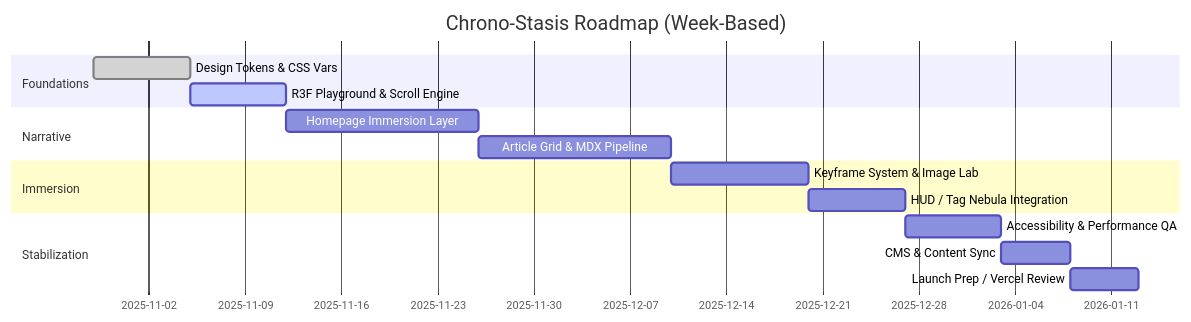
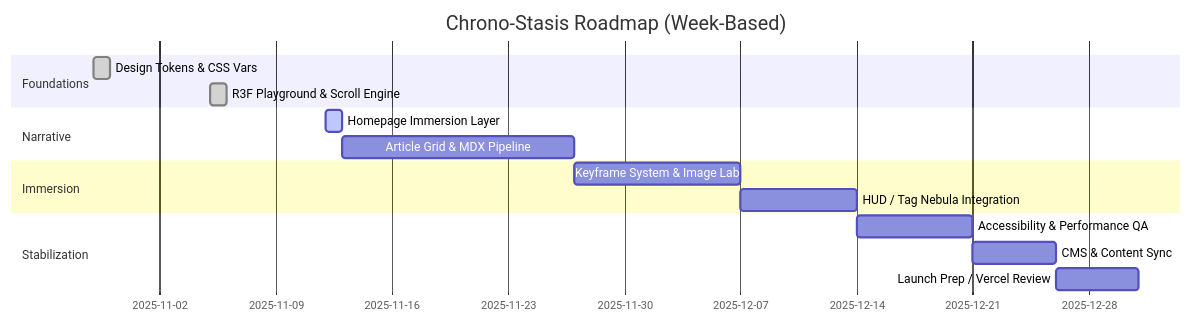
The diagram in 实现方案.md (Ebotian/chrona), drawn with Mermaid before and after one commit. The commit also changed other lines of this file and 8 other files, not shown here.

````diff
--- a/实现方案.md
+++ b/实现方案.md
@@ -99,18 +200,18 @@
 ```mermaid
 gantt
    title Chrono-Stasis Roadmap (Week-Based)
    dateFormat  YYYY-MM-DD
    section Foundations
-   Design Tokens & CSS Vars        :done,     ft1, 2025-10-29, 7d
-   R3F Playground & Scroll Engine  :  active,          ft2, 2025-11-05, 7d
+   Design Tokens & CSS Vars        :done,     ft1, 2025-10-29, 1d
+   R3F Playground & Scroll Engine  :done,          ft2, 2025-11-05, 1d
    section Narrative
-   Homepage Immersion Layer        :         nv1, 2025-11-12, 14d
+   Homepage Immersion Layer        :active,         nv1, 2025-11-12, 1d
    Article Grid & MDX Pipeline     :         nv2, after nv1, 14d
    section Immersion
    Keyframe System & Image Lab     :         im1, after nv2, 10d
    HUD / Tag Nebula Integration    :         im2, after im1, 7d
    section Stabilization
    Accessibility & Performance QA  :         st1, after im2, 7d
    CMS & Content Sync              :         st2, after st1, 5d
    Launch Prep / Vercel Review     :         st3, after st2, 5d
 ```
````
